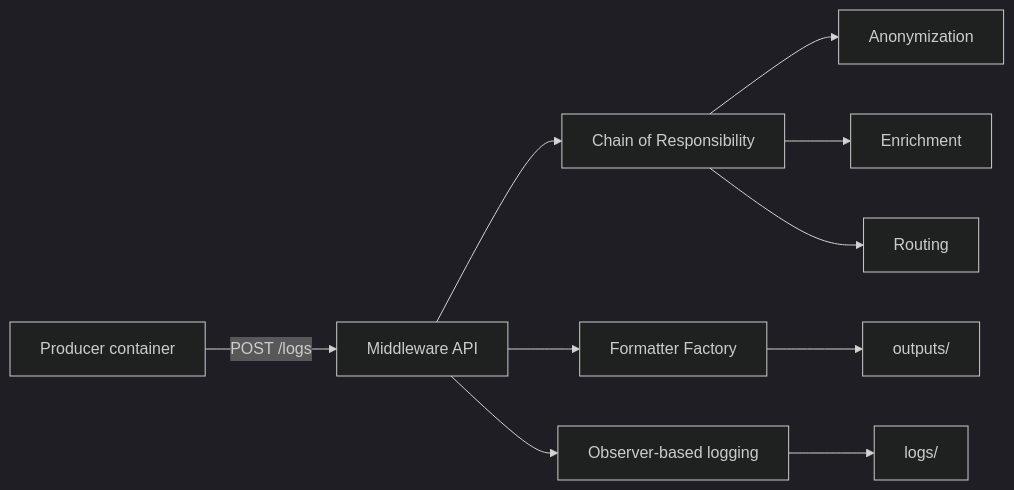
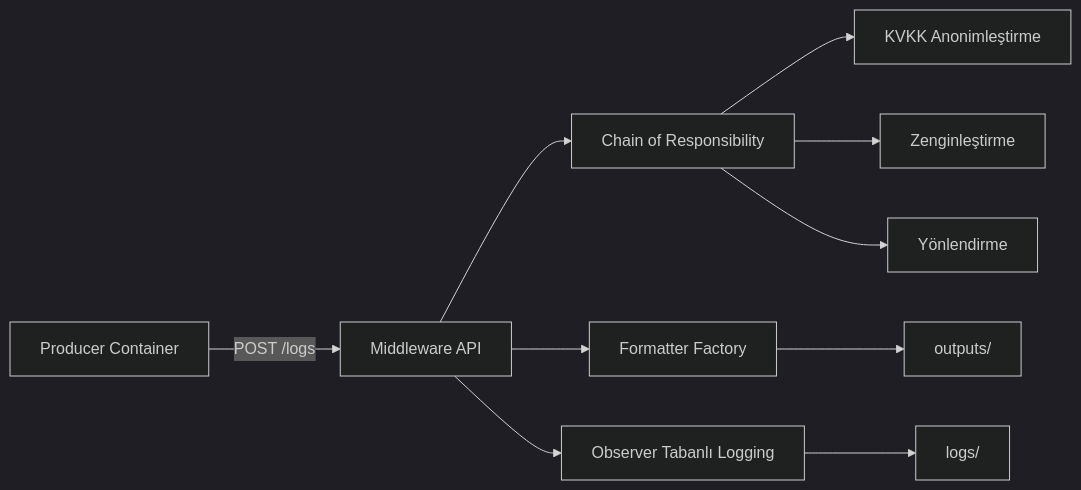
One commit to taha-hub0/middleware-project changed the diagram in README.md. Above: the diagram before and after it, drawn with Mermaid (dark theme). The commit also changed other lines of this file and 1 other file, not shown here.

````diff
--- a/README.md
+++ b/README.md
@@ -15,12 +11,12 @@
 ```mermaid
 flowchart LR
-    P[Producer container] -->|POST /logs| M[Middleware API]
+    P[Producer Container] -->|POST /logs| M[Middleware API]
     M --> C[Chain of Responsibility]
-    C --> A[Anonymization]
-    C --> E[Enrichment]
-    C --> R[Routing]
+    C --> A[KVKK Anonimleştirme]
+    C --> E[Zenginleştirme]
+    C --> R[Yönlendirme]
     M --> F[Formatter Factory]
     F --> O[outputs/]
-    M --> L[Observer-based logging]
+    M --> L[Observer Tabanlı Logging]
     L --> G[logs/]
 ```
````
